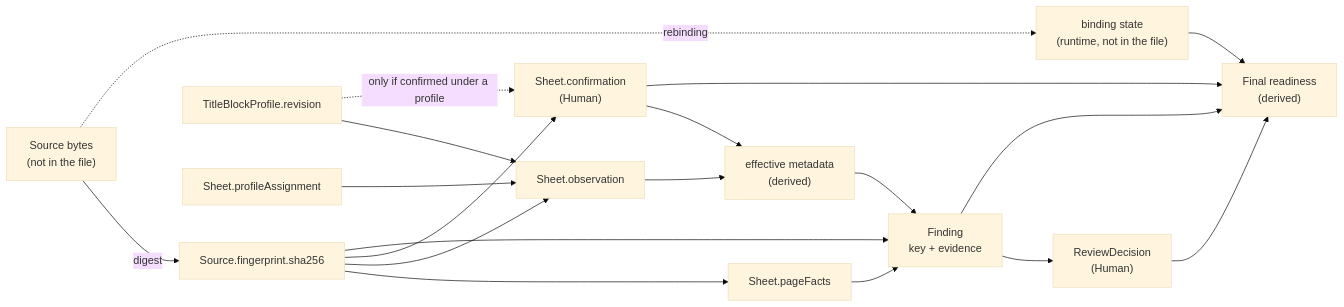
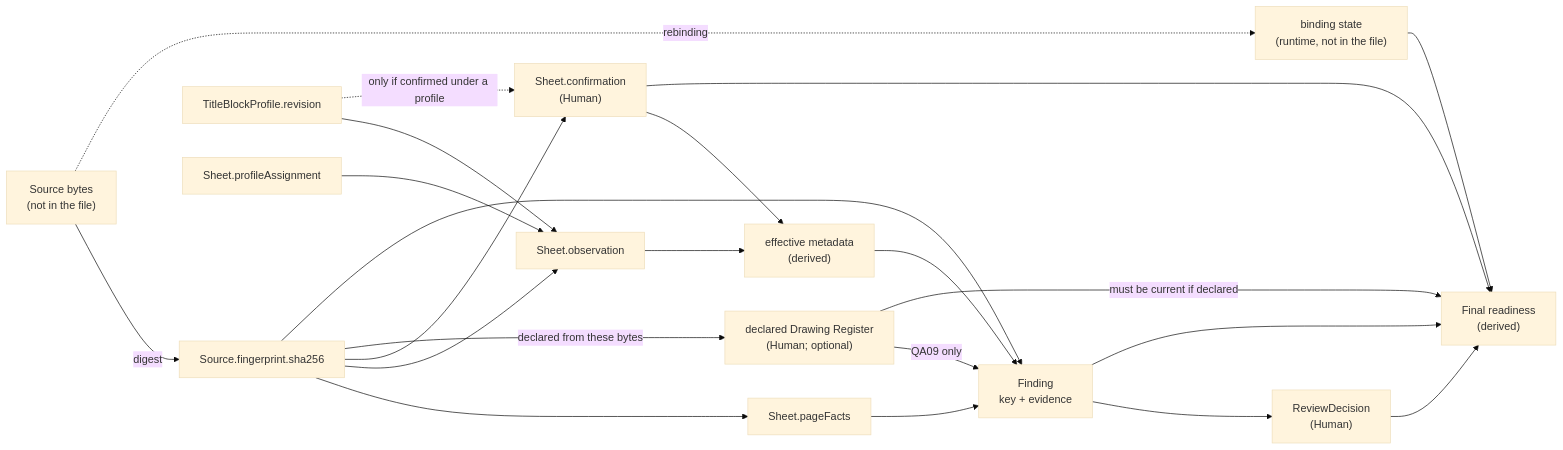
The fifth of 5 diagrams in research/m7-drawing-set-manager/data-model.proposed.md (airesearchagl-art/PDF_ArchiTools), drawn with Mermaid (base theme) before and after one commit. The commit also changed other lines of this file and 56 other files, not shown here.

First line of the commit message:
M7 research: only INTENTIONAL lifts confirmation; QA09 is a declared register

````diff
--- a/research/m7-drawing-set-manager/data-model.proposed.md
+++ b/research/m7-drawing-set-manager/data-model.proposed.md
@@ -261,34 +371,38 @@
 ```mermaid
 flowchart LR
     BYTES["Source bytes<br/>(not in the file)"]
     FPR["Source.fingerprint.sha256"]
     PROF["TitleBlockProfile.revision"]
     ASG["Sheet.profileAssignment"]
     FACTS["Sheet.pageFacts"]
     OBS["Sheet.observation"]
     CONF["Sheet.confirmation<br/>(Human)"]
     EFF["effective metadata<br/>(derived)"]
+    REG["declared Drawing Register<br/>(Human; optional)"]
     FIND["Finding<br/>key + evidence"]
     DEC["ReviewDecision<br/>(Human)"]
     FINAL["Final readiness<br/>(derived)"]
     BIND["binding state<br/>(runtime, not in the file)"]
 
     BYTES -->|"digest"| FPR
     FPR --> FACTS
     FPR --> OBS
     PROF --> OBS
     ASG --> OBS
     FPR --> CONF
     PROF -.->|"only if confirmed under a profile"| CONF
+    FPR -->|"declared from these bytes"| REG
     OBS --> EFF
     CONF --> EFF
     EFF --> FIND
+    REG -->|"QA09 only"| FIND
     FACTS --> FIND
     FPR --> FIND
     FIND --> DEC
     FIND --> FINAL
     DEC --> FINAL
     CONF --> FINAL
+    REG -->|"must be current if declared"| FINAL
     BIND --> FINAL
     BYTES -.->|"rebinding"| BIND
 ```
````
